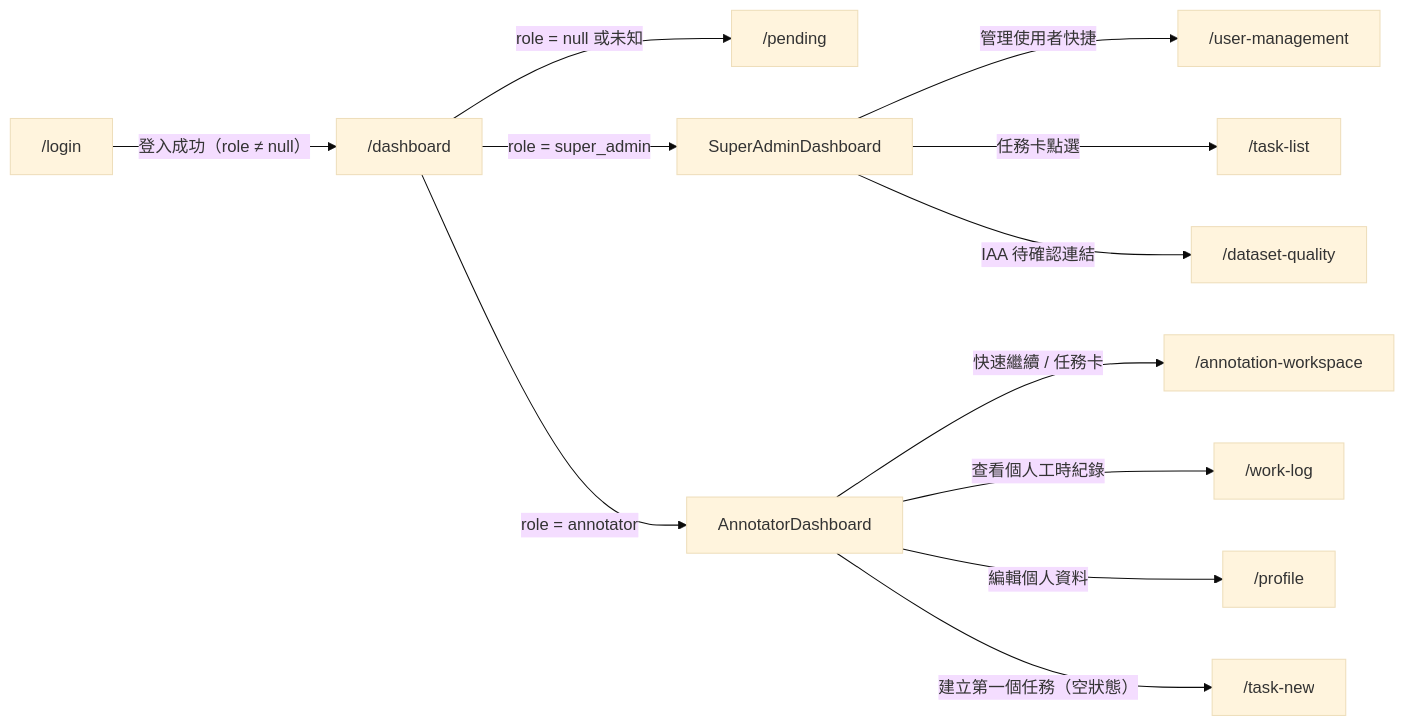
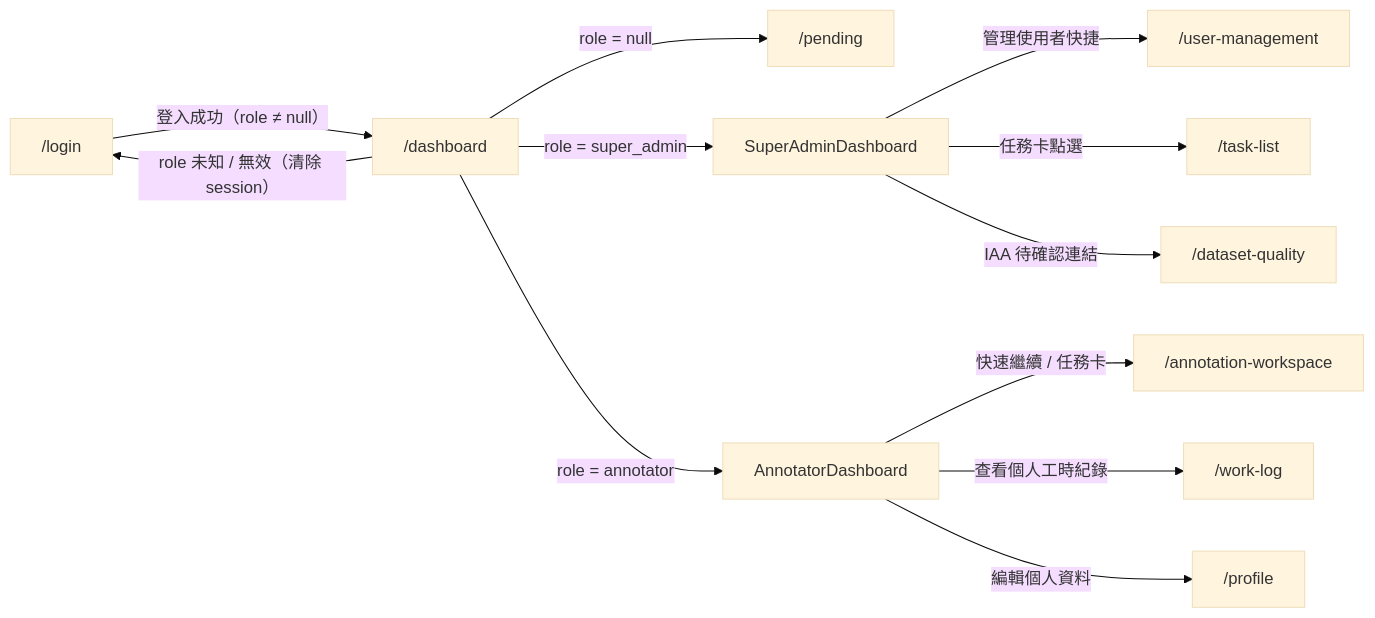
Before and after one commit to singyichen/label-suite: the second of 2 diagrams in specs/dashboard/012-dashboard/spec.md, drawn with Mermaid (base theme). The commit also changed other lines of this file and 6 other files, not shown here.

````diff
--- a/specs/dashboard/012-dashboard/spec.md
+++ b/specs/dashboard/012-dashboard/spec.md
@@ -128,29 +129,28 @@
 ```mermaid
 flowchart LR
     login["/login"]
     pending["/pending"]
     dashboard["/dashboard"]
     superAdminDash["SuperAdminDashboard"]
     annotatorDash["AnnotatorDashboard"]
-    taskNew["/task-new"]
     taskList["/task-list"]
     annotWorkspace["/annotation-workspace"]
     workLog["/work-log"]
     profile["/profile"]
     userMgmt["/user-management"]
     datasetQuality["/dataset-quality"]
 
     login      -->|"登入成功（role ≠ null）"| dashboard
-    dashboard  -->|"role = null 或未知"| pending
+    dashboard  -->|"role = null"| pending
+    dashboard  -->|"role 未知 / 無效（清除 session）"| login
     dashboard  -->|"role = super_admin"| superAdminDash
     dashboard  -->|"role = annotator"| annotatorDash
 
     superAdminDash -->|"管理使用者快捷"| userMgmt
     superAdminDash -->|"任務卡點選"| taskList
     superAdminDash -->|"IAA 待確認連結"| datasetQuality
 
     annotatorDash  -->|"快速繼續 / 任務卡"| annotWorkspace
     annotatorDash  -->|"查看個人工時紀錄"| workLog
     annotatorDash  -->|"編輯個人資料"| profile
-    annotatorDash  -->|"建立第一個任務（空狀態）"| taskNew
 ```
````
